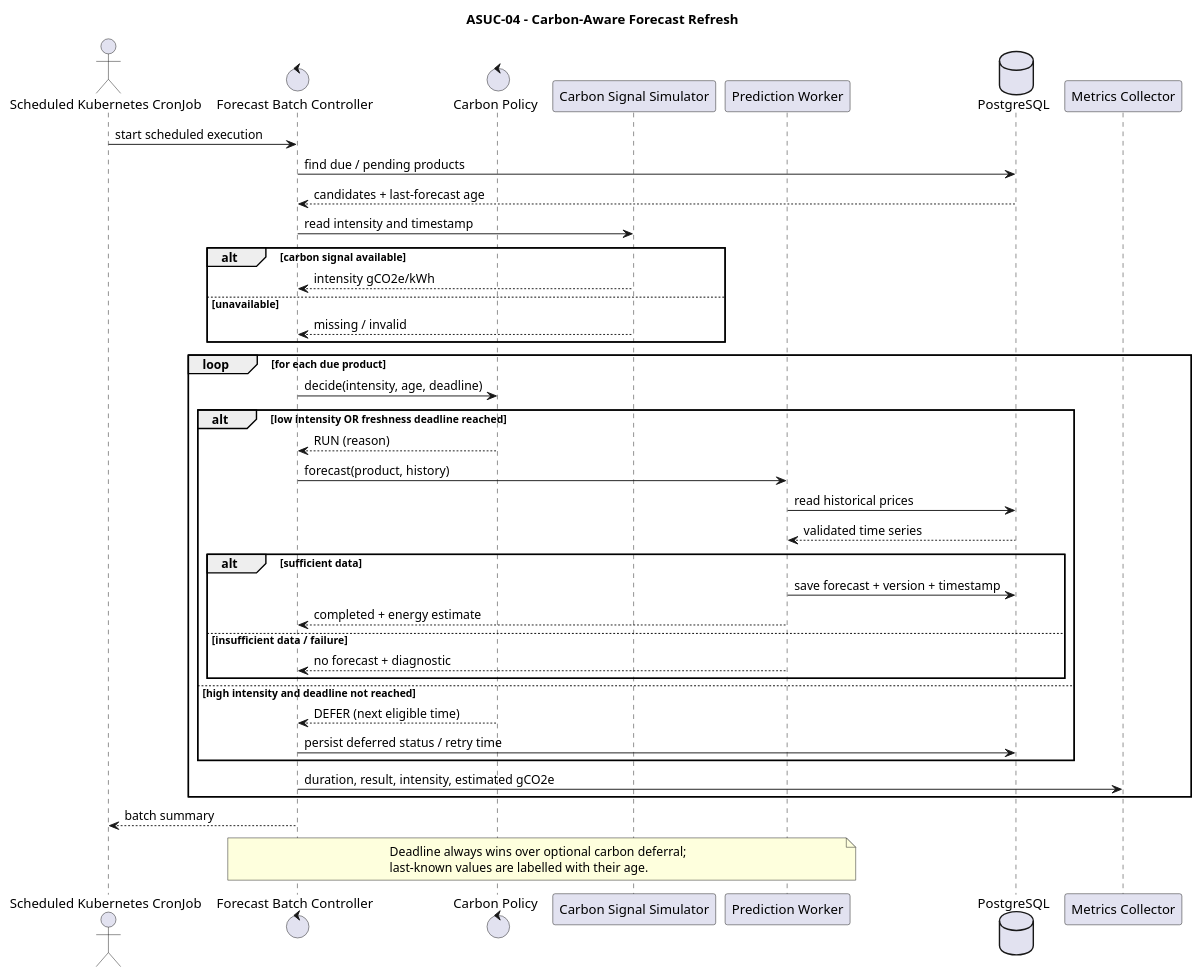
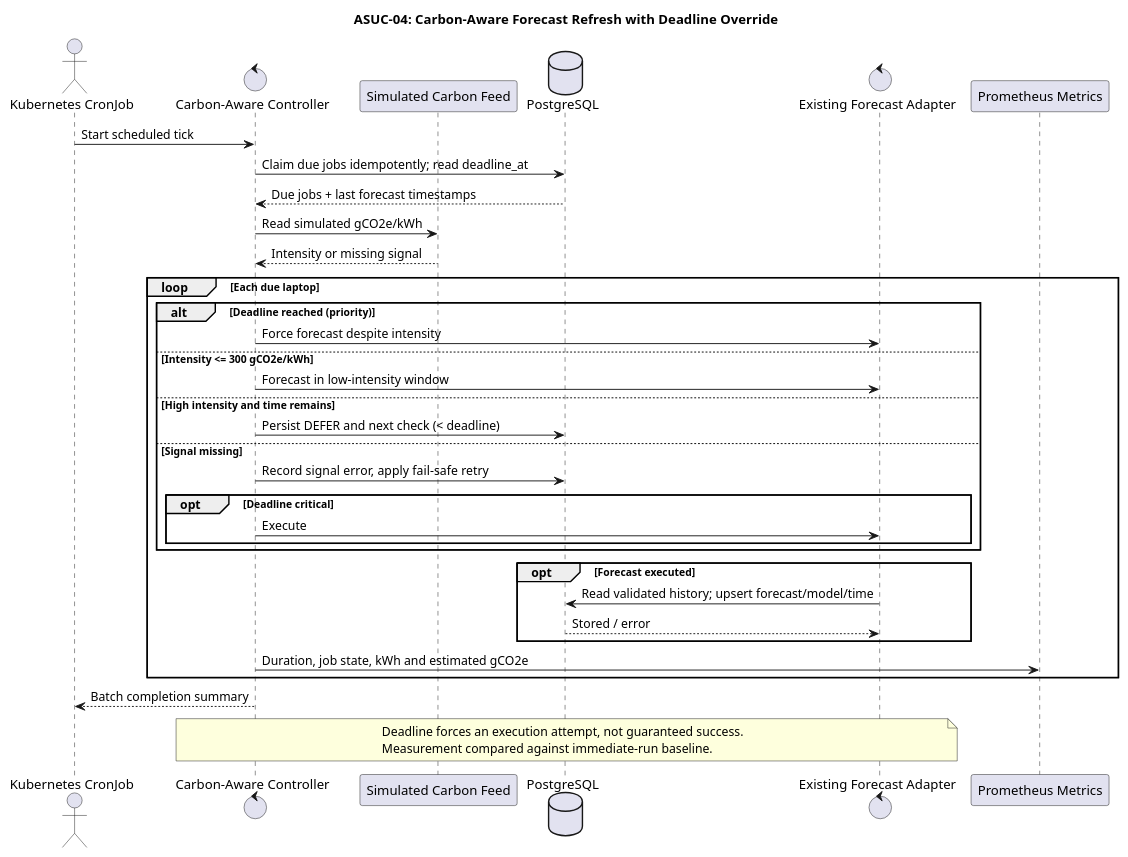
Before and after one commit to anchelesr/AACC-Smart-Shopping: the diagram in docs/diagrams/sequence-carbon-aware.puml, drawn with PlantUML. The commit also changed 24 other files, not shown here.

```diff
--- a/docs/diagrams/sequence-carbon-aware.puml
+++ b/docs/diagrams/sequence-carbon-aware.puml
@@ -1,44 +1,40 @@
 @startuml
-title ASUC-04 - Carbon-Aware Forecast Refresh
+title ASUC-04: Carbon-Aware Forecast Refresh with Deadline Override
 skinparam shadowing false
-actor "Scheduled Kubernetes CronJob" as Tick
-control "Forecast Batch Controller" as Controller
-control "Carbon Policy" as Policy
-participant "Carbon Signal Simulator" as Carbon
-participant "Prediction Worker" as Worker
+skinparam backgroundColor white
+actor "Kubernetes CronJob" as Tick
+control "Carbon-Aware Controller" as Ctrl
+participant "Simulated Carbon Feed" as Carbon
 database "PostgreSQL" as DB
-participant "Metrics Collector" as Metrics
-Tick -> Controller : start scheduled execution
-Controller -> DB : find due / pending products
-DB --> Controller : candidates + last-forecast age
-Controller -> Carbon : read intensity and timestamp
-alt carbon signal available
-  Carbon --> Controller : intensity gCO2e/kWh
-else unavailable
-  Carbon --> Controller : missing / invalid
+control "Existing Forecast Adapter" as Worker
+participant "Prometheus Metrics" as Metrics
+Tick -> Ctrl : Start scheduled tick
+Ctrl -> DB : Claim due jobs idempotently; read deadline_at
+DB --> Ctrl : Due jobs + last forecast timestamps
+Ctrl -> Carbon : Read simulated gCO2e/kWh
+Carbon --> Ctrl : Intensity or missing signal
+loop Each due laptop
+  alt Deadline reached (priority)
+    Ctrl -> Worker : Force forecast despite intensity
+  else Intensity <= 300 gCO2e/kWh
+    Ctrl -> Worker : Forecast in low-intensity window
+  else High intensity and time remains
+    Ctrl -> DB : Persist DEFER and next check (< deadline)
+  else Signal missing
+    Ctrl -> DB : Record signal error, apply fail-safe retry
+    opt Deadline critical
+      Ctrl -> Worker : Execute
+    end
+  end
+  opt Forecast executed
+    Worker -> DB : Read validated history; upsert forecast/model/time
+    DB --> Worker : Stored / error
+  end
+  Ctrl -> Metrics : Duration, job state, kWh and estimated gCO2e
 end
-loop for each due product
-  Controller -> Policy : decide(intensity, age, deadline)
-  alt low intensity OR freshness deadline reached
-    Policy --> Controller : RUN (reason)
-    Controller -> Worker : forecast(product, history)
-    Worker -> DB : read historical prices
-    DB --> Worker : validated time series
-    alt sufficient data
-      Worker -> DB : save forecast + version + timestamp
-      Worker --> Controller : completed + energy estimate
-    else insufficient data / failure
-      Worker --> Controller : no forecast + diagnostic
-    end
-  else high intensity and deadline not reached
-    Policy --> Controller : DEFER (next eligible time)
-    Controller -> DB : persist deferred status / retry time
-  end
-  Controller -> Metrics : duration, result, intensity, estimated gCO2e
-end
-Controller --> Tick : batch summary
-note over Controller,Worker
-  Deadline always wins over optional carbon deferral;
-  last-known values are labelled with their age.
+Ctrl --> Tick : Batch completion summary
+note over Ctrl,Worker
+  Deadline forces an execution attempt, not guaranteed success.
+  Measurement compared against immediate-run baseline.
 end note
 @enduml
```
